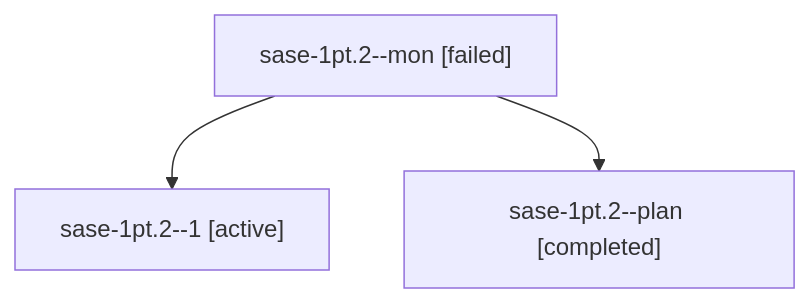
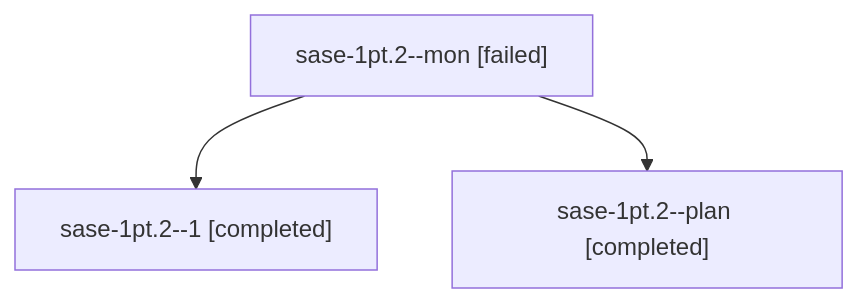
One commit to sase-org/sase--agents changed the diagram in sessions/bbugyi200.athena.sase-1pt.2.md. Above: the diagram before and after it, drawn with Mermaid. The commit also changed other lines of this file and 17 other files, not shown here.

````diff
--- a/sessions/bbugyi200.athena.sase-1pt.2.md
+++ b/sessions/bbugyi200.athena.sase-1pt.2.md
@@ -9,8 +9,8 @@
 ```mermaid
 flowchart TD
   n0["sase-1pt.2--mon [failed]"]
-  n1["sase-1pt.2--1 [active]"]
+  n1["sase-1pt.2--1 [completed]"]
   n0 --> n1
   n2["sase-1pt.2--plan [completed]"]
   n0 --> n2
 ```
````
